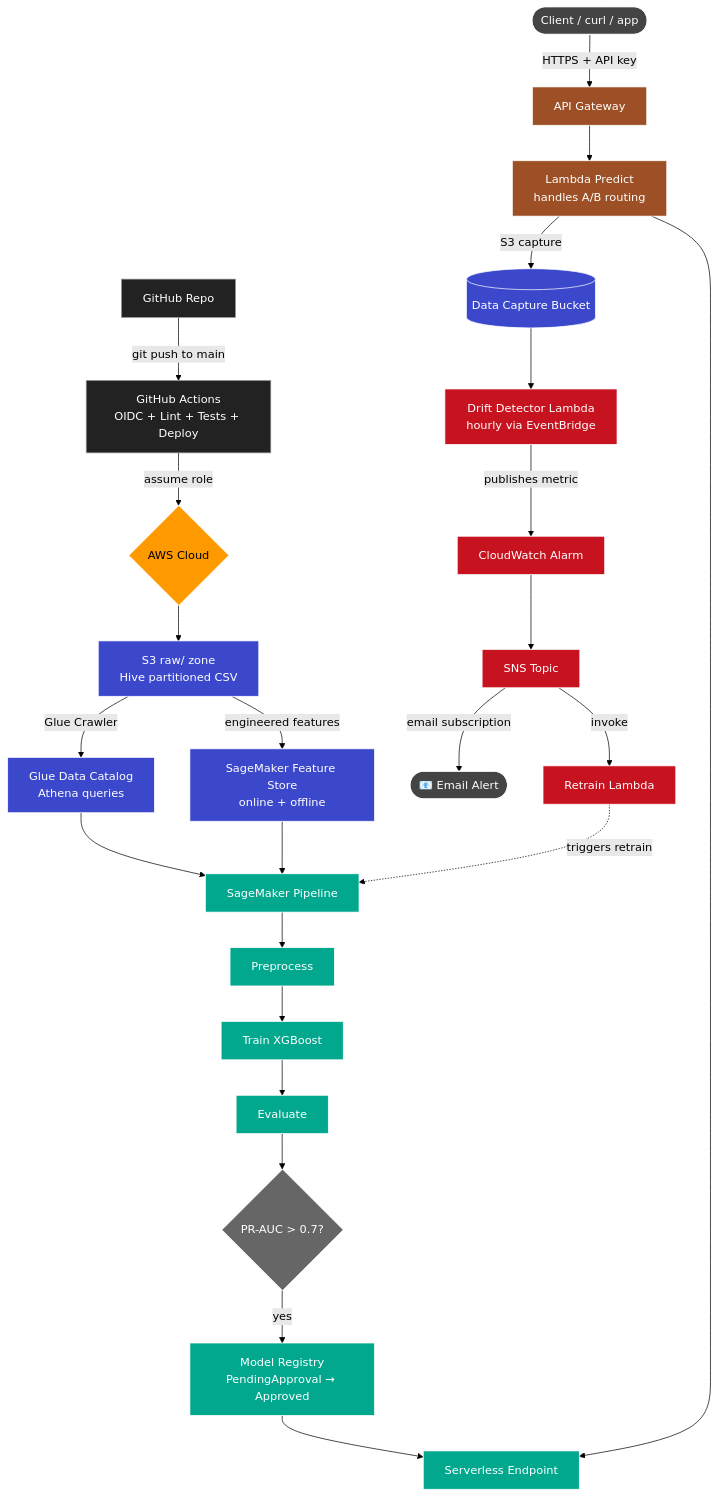
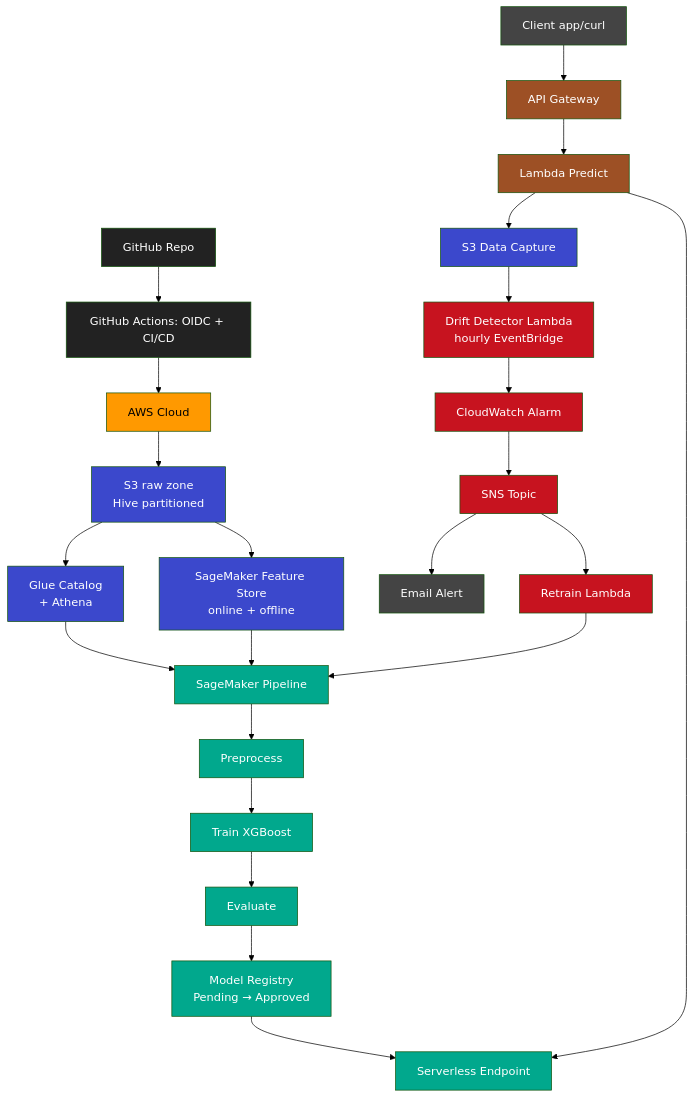
The diagram in README.md (Atharva15965/aws-mlops-fraud-detection), drawn with Mermaid (forest theme) before and after one commit.

Commit message:
Phase 8: simplify Mermaid architecture for GitHub rendering

````diff
--- a/README.md
+++ b/README.md
@@ -8,39 +8,54 @@
 ```mermaid
 flowchart TD
-    GH[GitHub Repo]:::ci -->|git push to main| GA[GitHub Actions<br/>OIDC + Lint + Tests + Deploy]:::ci
-    GA -->|assume role| AWS{AWS Cloud}:::aws
+    GH[GitHub Repo]
+    GA[GitHub Actions: OIDC + CI/CD]
+    GH --> GA
 
-    AWS --> S3[S3 raw/ zone<br/>Hive partitioned CSV]:::data
-    S3 -->|Glue Crawler| GC[Glue Data Catalog<br/>Athena queries]:::data
-    S3 -->|engineered features| FS[SageMaker Feature Store<br/>online + offline]:::data
+    GA --> AWS[AWS Cloud]
 
-    GC --> SP[SageMaker Pipeline]:::ml
+    AWS --> S3[S3 raw zone<br/>Hive partitioned]
+    S3 --> GC[Glue Catalog<br/>+ Athena]
+    S3 --> FS[SageMaker Feature Store<br/>online + offline]
+
+    GC --> SP[SageMaker Pipeline]
     FS --> SP
-    SP --> P1[Preprocess]:::ml
-    P1 --> P2[Train XGBoost]:::ml
-    P2 --> P3[Evaluate]:::ml
-    P3 --> P4{PR-AUC > 0.7?}:::condition
-    P4 -- yes --> MR[Model Registry<br/>PendingApproval → Approved]:::ml
-    MR --> EP[Serverless Endpoint]:::ml
+    SP --> P1[Preprocess]
+    P1 --> P2[Train XGBoost]
+    P2 --> P3[Evaluate]
+    P3 --> MR[Model Registry<br/>Pending → Approved]
+    MR --> EP[Serverless Endpoint]
 
-    Client([Client / curl / app]):::client -->|HTTPS + API key| AG[API Gateway]:::api
-    AG --> LP[Lambda Predict<br/>handles A/B routing]:::api
+    Client[Client app/curl] --> AG[API Gateway]
+    AG --> LP[Lambda Predict]
     LP --> EP
-    LP -->|S3 capture| DC[(Data Capture Bucket)]:::data
+    LP --> DC[S3 Data Capture]
 
-    DC --> DD[Drift Detector Lambda<br/>hourly via EventBridge]:::monitor
-    DD -->|publishes metric| CW[CloudWatch Alarm]:::monitor
-    CW --> SNS[SNS Topic]:::monitor
-    SNS -->|email subscription| Email([📧 Email Alert]):::client
-    SNS -->|invoke| RL[Retrain Lambda]:::monitor
-    RL -.triggers retrain.-> SP
+    DC --> DD[Drift Detector Lambda<br/>hourly EventBridge]
+    DD --> CW[CloudWatch Alarm]
+    CW --> SNS[SNS Topic]
+    SNS --> Email[Email Alert]
+    SNS --> RL[Retrain Lambda]
+    RL --> SP
 
-    classDef ci fill:#222,stroke:#999,color:#fff
-    classDef aws fill:#FF9900,stroke:#fff,color:#000
-    classDef data fill:#3B48CC,stroke:#fff,color:#fff
-    classDef ml fill:#01A88D,stroke:#fff,color:#fff
-    classDef api fill:#9D5025,stroke:#fff,color:#fff
-    classDef monitor fill:#C7131F,stroke:#fff,color:#fff
-    classDef condition fill:#666,stroke:#fff,color:#fff
-    classDef client fill:#444,stroke:#fff,color:#fff
+    style GH fill:#222,color:#fff
+    style GA fill:#222,color:#fff
+    style AWS fill:#FF9900,color:#000
+    style S3 fill:#3B48CC,color:#fff
+    style GC fill:#3B48CC,color:#fff
+    style FS fill:#3B48CC,color:#fff
+    style SP fill:#01A88D,color:#fff
+    style P1 fill:#01A88D,color:#fff
+    style P2 fill:#01A88D,color:#fff
+    style P3 fill:#01A88D,color:#fff
+    style MR fill:#01A88D,color:#fff
+    style EP fill:#01A88D,color:#fff
+    style Client fill:#444,color:#fff
+    style AG fill:#9D5025,color:#fff
+    style LP fill:#9D5025,color:#fff
+    style DC fill:#3B48CC,color:#fff
+    style DD fill:#C7131F,color:#fff
+    style CW fill:#C7131F,color:#fff
+    style SNS fill:#C7131F,color:#fff
+    style Email fill:#444,color:#fff
+    style RL fill:#C7131F,color:#fff
 ```
````
